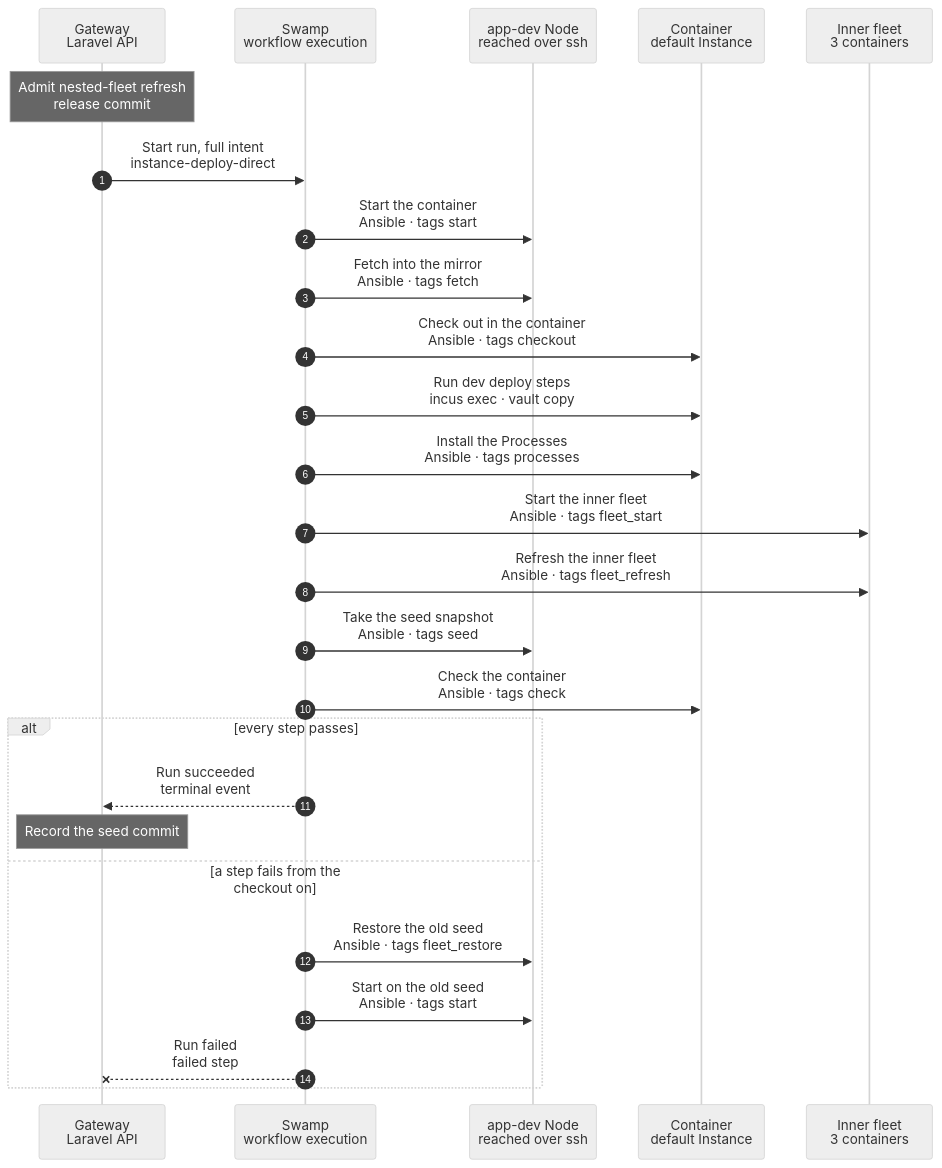
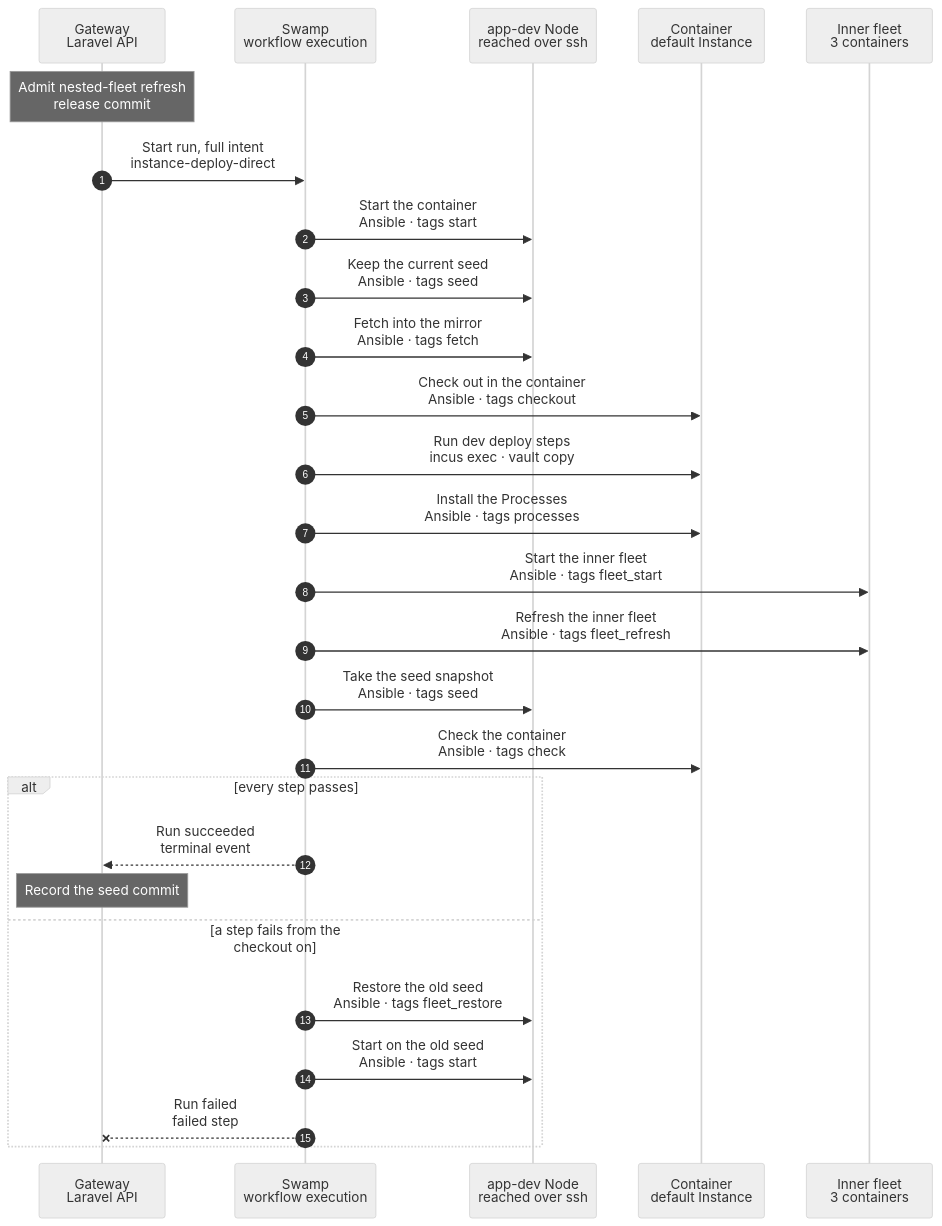
The diagram in docs/cli/instance/container/fleet-refresh.mmd (hardimpactdev/orbit), drawn with Mermaid (neutral theme) before and after one commit. The commit also changed 18 other files, not shown here.

First line of the commit message:
fix(instances): a refresh keeps the current seed first and is off until an operator turns it on

```diff
--- a/docs/cli/instance/container/fleet-refresh.mmd
+++ b/docs/cli/instance/container/fleet-refresh.mmd
@@ -1,72 +1,79 @@
 sequenceDiagram
   %% Container runtime (ADR 0250 step 5, docs/reference/development-containers.md#refresh-after-a-release): after each Gateway release, the deployment of each nested-fleet default Instance to the release commit. It is `instance.deploy` with the fleet steps that only a nested-fleet default's intent runs. It refreshes the inner fleet and takes the seed that new Instances of that Project clone. For the nested-fleet path it replaces the release trigger and the daily run of docs/cli/task/vm-image-refresh.mmd, and it calls neither.
   %% status: draft
   %% command: none · after each Gateway release · instance:deploy on the default runs the same flow
   %% kind: instance.deploy
   autonumber
   %% lane GW icon=gateway pill=intent tone=blue
   %% lane SW icon=workflow pill=executes tone=green
   %% lane N icon=server pill=target tone=amber
   %% lane C icon=server pill=default tone=purple
   %% lane F icon=server pill=fleet tone=gray
   participant GW as Gateway<br/>Laravel API
   participant SW as Swamp<br/>workflow execution
   participant N as app-dev Node<br/>reached over ssh
   participant C as Container<br/>default Instance
   participant F as Inner fleet<br/>3 containers
   Note over GW: Admit nested-fleet refresh<br/>release commit
   %%> Started by:
   %%> - the release step "Admit nested-fleet refresh", after the Gateway is verified and Horizon runs: `instances:refresh-nested-fleets --commit`
   %%> When:
+  %%> - only while the Gateway setting `ORBIT_INSTANCES_NESTED_FLEET_REFRESH` is on; off, the step prints one line and admits nothing
   %%> - one deployment per nested-fleet default whose runtime is in `orbit-instances-nested` on a Node with the nested-fleet switch on
   %%> - none exists: the step prints one line and admits nothing
   %%> - a clone of the default is being created: refused, `instance.clone_in_flight`; the next release tries again
   %%> - a deployment of the default is open: refused by the Instance lock, `operation.target_busy`
   %%> - the release commit is missing from the Project's repository: the admission's source read refuses it, `project.source_unavailable`
   %%> Result:
   %%> - best effort: the step allows failure and nothing waits for it; the release stays live
   GW->>SW: Start run, full intent<br/>instance-deploy-direct
   %%> What it does:
-  %%> - the intent carries `fleet` (NestedFleetIntent): the fleet's names, the operator, the checkout path, the egress proxy and the commit of the old seed
+  %%> - the intent carries `fleet` (NestedFleetIntent): the fleet's names, the operator, the checkout path and the egress proxy
   %%> - the run budget grows by the fleet steps' bounds
   SW->>N: Start the container<br/>Ansible · tags start
   %%> What it does:
   %%> - the one start of a container; the Club key is delivered there, outside the container's disk
+  SW->>N: Keep the current seed<br/>Ansible · tags seed
+  %%> What it does:
+  %%> - retakes `seed-COMMIT` of the default as it is, fleet included, before the run changes anything
+  %%> - refuses `instance.fleet_key_on_disk` first when the Club key path is a file on the container's disk; the key is never read
+  %%> Why:
+  %%> - a failed refresh then restores a seed that holds the fleet, never one from before it
   SW->>N: Fetch into the mirror<br/>Ansible · tags fetch
   SW->>C: Check out in the container<br/>Ansible · tags checkout
   %%> What it does:
   %%> - checks out the release commit in `/srv/workspace`; the nested Gateway and app-dev see it through their `checkout` device
   SW->>C: Run dev deploy steps<br/>incus exec · vault copy
   SW->>C: Install the Processes<br/>Ansible · tags processes
   SW->>F: Start the inner fleet<br/>Ansible · tags fleet_start
   %%> What it does:
   %%> - checks the fleet rules, starts the three nested containers, brings up `wg-nested` with `ip` and `wg`, and waits for Doctor and the three agents
   SW->>F: Refresh the inner fleet<br/>Ansible · tags fleet_refresh
   %%> What it does:
   %%> - migrates the nested Gateway and restarts its services, converges the base of the three nested Nodes one by one, waits for Doctor
   %%> - stops the fleet, applies the rules and retakes `base` of the three
   %%> Why:
   %%> - a snapshot of a running container on a directory pool is a file copy, not a consistent state
   SW->>N: Take the seed snapshot<br/>Ansible · tags seed
   %%> What it does:
   %%> - refuses `instance.fleet_key_on_disk` when the Club key path is a file on the container's disk; the key is never read
   %%> - stops the Processes, snapshots `seed-COMMIT` again even at the same commit, starts them, deletes the older seeds
   SW->>C: Check the container<br/>Ansible · tags check
   alt every step passes
     SW-->>GW: Run succeeded<br/>terminal event
     Note over GW: Record the seed commit
     %%> Result:
     %%> - new Instances of the Project clone the new seed; existing clones keep the fleet they have
   else a step fails from the checkout on
     SW->>N: Restore the old seed<br/>Ansible · tags fleet_restore
     %%> What it does:
-    %%> - stops the container and restores `seed-OLD`, the seed the Gateway recorded at admission
-    %%> - refuses `instance.fleet_seed_missing` when that seed is gone
+    %%> - stops the container and restores its newest seed by creation time: the one "Keep the current seed" took, or a newer one
+    %%> - refuses `instance.fleet_seed_missing` when no seed is left
     SW->>N: Start on the old seed<br/>Ansible · tags start
     %%> What it does:
     %%> - starts it through `start`, so the start delivers what every start delivers
     SW--xGW: Run failed<br/>failed step
     %%> Result:
     %%> - the Operation names the first failed step and its code, such as `instance.container_fleet_refresh_failed`
     %%> - the old seed stays the seed; clones keep copying it, and the next release runs again
   end
```
